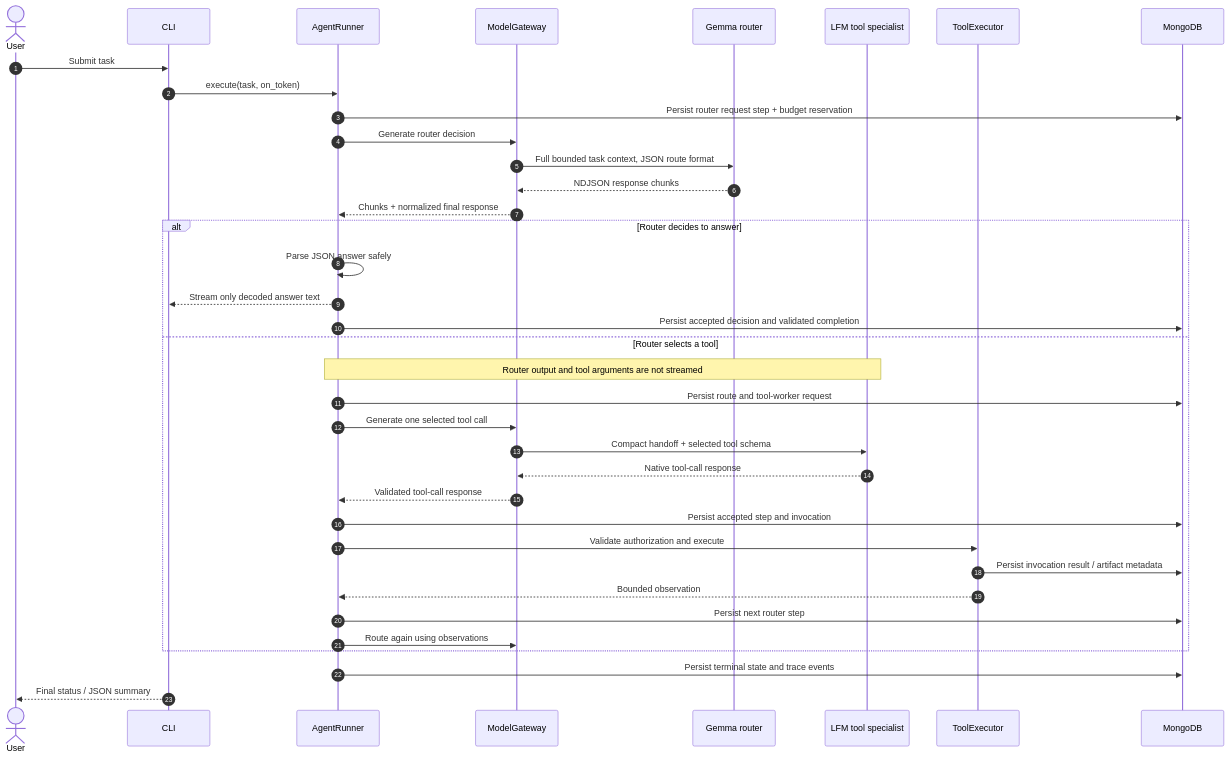
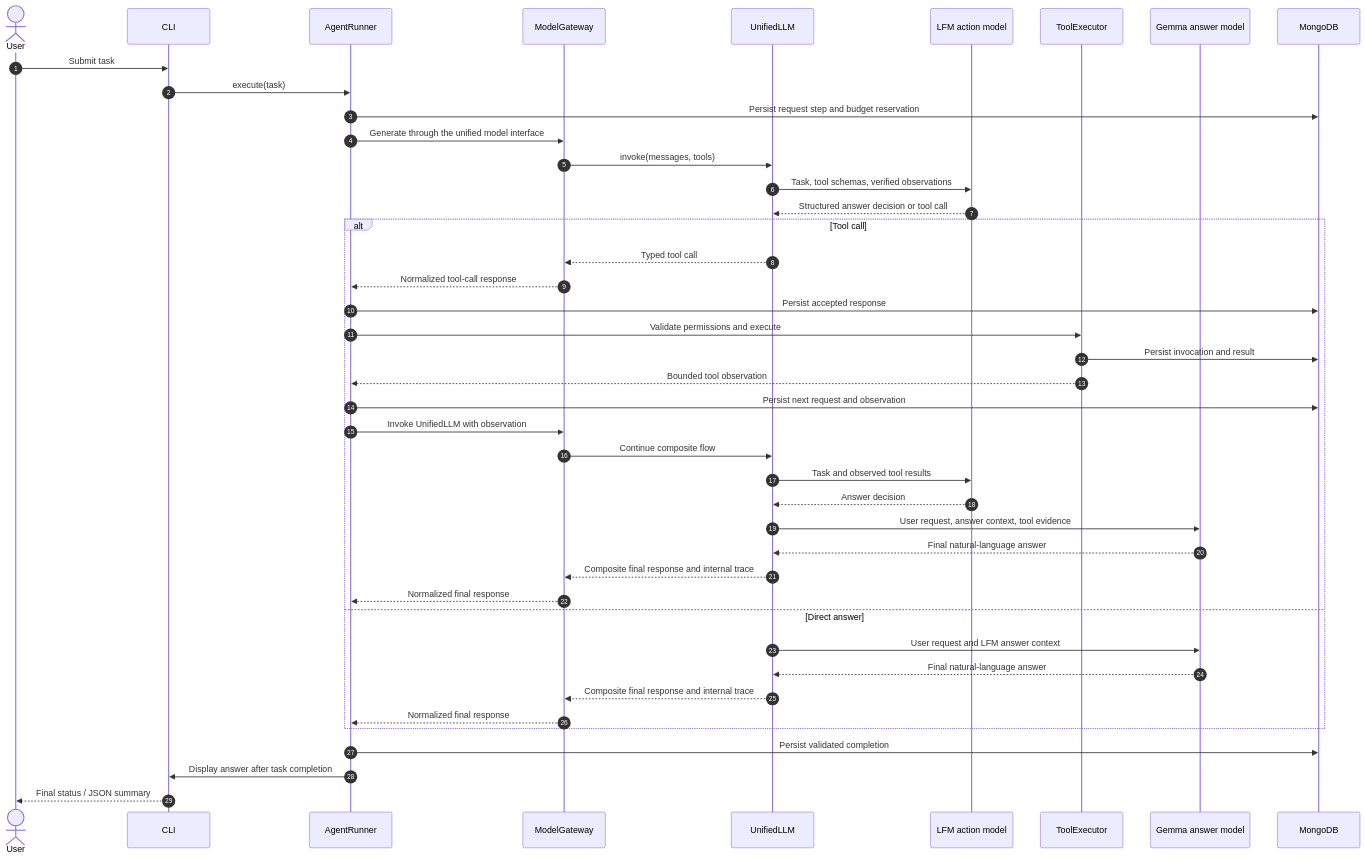
The third of 5 diagrams in flowchart.md (debnathdhruba/AISO_HARNESS), drawn with Mermaid before and after one commit. The commit also changed other lines of this file and 18 other files, not shown here.

Commit message:
unified llm

````diff
--- a/flowchart.md
+++ b/flowchart.md
@@ -105,42 +105,46 @@
 ```mermaid
 sequenceDiagram
     autonumber
     actor User
     participant CLI
     participant Runner as AgentRunner
     participant Gateway as ModelGateway
-    participant Gemma as Gemma router
-    participant LFM as LFM tool specialist
+    participant Unified as UnifiedLLM
+    participant LFM as LFM action model
     participant Tools as ToolExecutor
+    participant Gemma as Gemma answer model
     participant DB as MongoDB
 
     User->>CLI: Submit task
-    CLI->>Runner: execute(task, on_token)
-    Runner->>DB: Persist router request step + budget reservation
-    Runner->>Gateway: Generate router decision
-    Gateway->>Gemma: Full bounded task context, JSON route format
-    Gemma-->>Gateway: NDJSON response chunks
-    Gateway-->>Runner: Chunks + normalized final response
-
-    alt Router decides to answer
-        Runner->>Runner: Parse JSON answer safely
-        Runner-->>CLI: Stream only decoded answer text
-        Runner->>DB: Persist accepted decision and validated completion
-    else Router selects a tool
-        Note over Runner,LFM: Router output and tool arguments are not streamed
-        Runner->>DB: Persist route and tool-worker request
-        Runner->>Gateway: Generate one selected tool call
-        Gateway->>LFM: Compact handoff + selected tool schema
-        LFM-->>Gateway: Native tool-call response
-        Gateway-->>Runner: Validated tool-call response
-        Runner->>DB: Persist accepted step and invocation
-        Runner->>Tools: Validate authorization and execute
-        Tools->>DB: Persist invocation result / artifact metadata
-        Tools-->>Runner: Bounded observation
-        Runner->>DB: Persist next router step
-        Runner->>Gateway: Route again using observations
+    CLI->>Runner: execute(task)
+    Runner->>DB: Persist request step and budget reservation
+    Runner->>Gateway: Generate through the unified model interface
+    Gateway->>Unified: invoke(messages, tools)
+    Unified->>LFM: Task, tool schemas, verified observations
+    LFM-->>Unified: Structured answer decision or tool call
+    alt Tool call
+        Unified-->>Gateway: Typed tool call
+        Gateway-->>Runner: Normalized tool-call response
+        Runner->>DB: Persist accepted response
+        Runner->>Tools: Validate permissions and execute
+        Tools->>DB: Persist invocation and result
+        Tools-->>Runner: Bounded tool observation
+        Runner->>DB: Persist next request and observation
+        Runner->>Gateway: Invoke UnifiedLLM with observation
+        Gateway->>Unified: Continue composite flow
+        Unified->>LFM: Task and observed tool results
+        LFM-->>Unified: Answer decision
+        Unified->>Gemma: User request, answer context, tool evidence
+        Gemma-->>Unified: Final natural-language answer
+        Unified-->>Gateway: Composite final response and internal trace
+        Gateway-->>Runner: Normalized final response
+    else Direct answer
+        Unified->>Gemma: User request and LFM answer context
+        Gemma-->>Unified: Final natural-language answer
+        Unified-->>Gateway: Composite final response and internal trace
+        Gateway-->>Runner: Normalized final response
     end
-
-    Runner->>DB: Persist terminal state and trace events
+    Runner->>DB: Persist validated completion
+    Runner->>CLI: Display answer after task completion
     CLI-->>User: Final status / JSON summary
 ```
````
